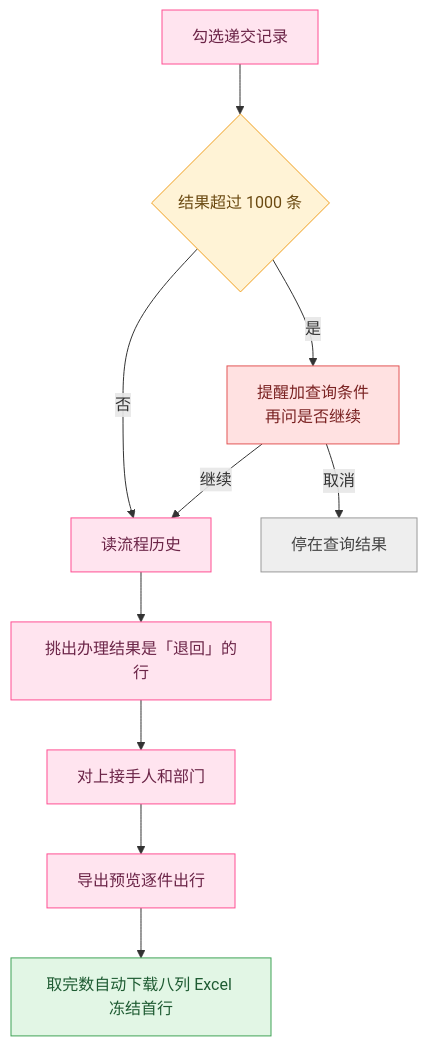
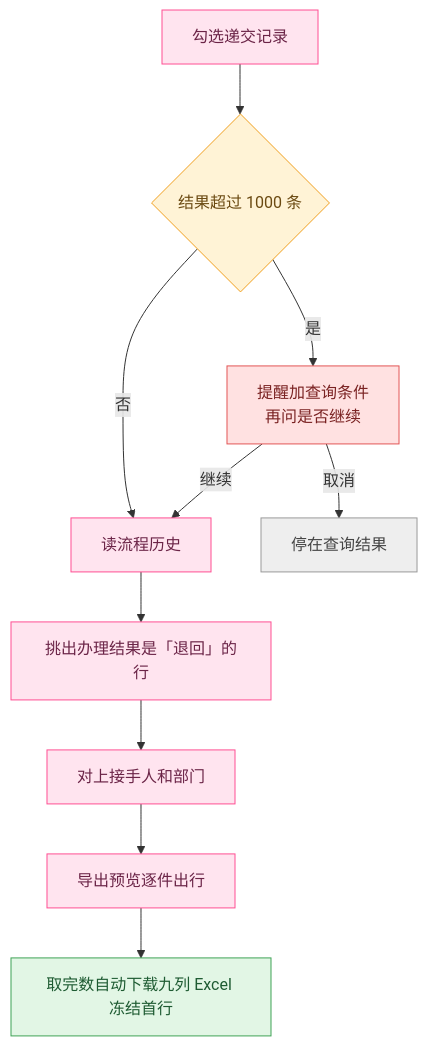
The diagram in patmail-extension/docs/workflows/递交管理-已完成导出.md (haohaizi233/patmail), drawn with Mermaid before and after one commit. The commit also changed other lines of this file and 5 other files, not shown here.

````diff
--- a/patmail-extension/docs/workflows/递交管理-已完成导出.md
+++ b/patmail-extension/docs/workflows/递交管理-已完成导出.md
@@ -5,22 +5,22 @@
 ```mermaid
 flowchart TD
   A[勾选递交记录] --> B{结果超过 1000 条}
   B -->|是| C[提醒加查询条件<br>再问是否继续]
   B -->|否| D[读流程历史]
   C -->|继续| D
   C -->|取消| X[停在查询结果]
   D --> E[挑出办理结果是「退回」的行]
   E --> F[对上接手人和部门]
   F --> G[导出预览逐件出行]
-  G --> H[取完数自动下载八列 Excel 冻结首行]
+  G --> H[取完数自动下载九列 Excel 冻结首行]
   classDef pmStep fill:#ffe4ef,stroke:#ff4f93,color:#6b2447
   classDef pmDecision fill:#fff3d6,stroke:#f0a020,color:#6b4a12
   classDef pmWarning fill:#ffe1e1,stroke:#e25555,color:#7a2222
   classDef pmStop fill:#eee,stroke:#999,color:#444
   classDef pmSuccess fill:#e2f6e5,stroke:#3fa356,color:#1e5b32
   class A,D,E,F,G,H pmStep
   class B pmDecision
   class C pmWarning
   class H pmSuccess
   class X pmStop
 ```
````
